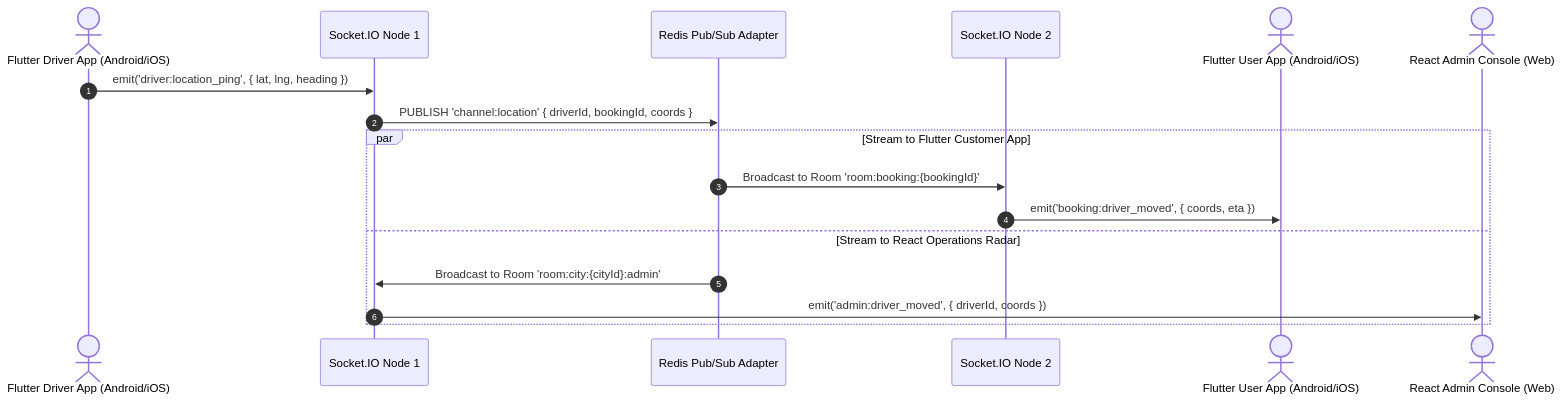
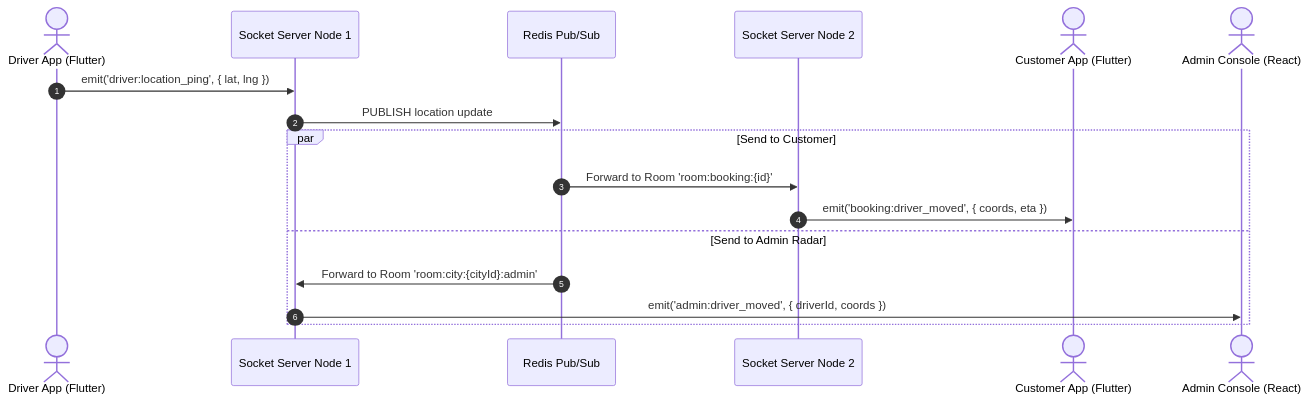
One commit to sheikh22hamid-create/ShifterOnline-Nodejs changed the second of 4 diagrams in Architecture/01-System-Architecture.md. Above: the diagram before and after it, drawn with Mermaid. The commit also changed other lines of this file and 2 other files, not shown here.

Commit message:
docs: initialize architecture documentation for system, user roles, and city structure

````diff
--- a/Architecture/01-System-Architecture.md
+++ b/Architecture/01-System-Architecture.md
@@ -493,21 +158,21 @@
 ```mermaid
 sequenceDiagram
     autonumber
-    actor Driver as Flutter Driver App (Android/iOS)
-    participant SocketNode1 as Socket.IO Node 1
-    participant RedisPubSub as Redis Pub/Sub Adapter
-    participant SocketNode2 as Socket.IO Node 2
-    actor User as Flutter User App (Android/iOS)
-    actor Admin as React Admin Console (Web)
+    actor Driver as Driver App (Flutter)
+    participant SocketNode1 as Socket Server Node 1
+    participant RedisPubSub as Redis Pub/Sub
+    participant SocketNode2 as Socket Server Node 2
+    actor User as Customer App (Flutter)
+    actor Admin as Admin Console (React)
 
-    Driver->>SocketNode1: emit('driver:location_ping', { lat, lng, heading })
-    SocketNode1->>RedisPubSub: PUBLISH 'channel:location' { driverId, bookingId, coords }
+    Driver->>SocketNode1: emit('driver:location_ping', { lat, lng })
+    SocketNode1->>RedisPubSub: PUBLISH location update
     
-    par Stream to Flutter Customer App
-        RedisPubSub->>SocketNode2: Broadcast to Room 'room:booking:{bookingId}'
+    par Send to Customer
+        RedisPubSub->>SocketNode2: Forward to Room 'room:booking:{id}'
         SocketNode2->>User: emit('booking:driver_moved', { coords, eta })
-    and Stream to React Operations Radar
-        RedisPubSub->>SocketNode1: Broadcast to Room 'room:city:{cityId}:admin'
+    and Send to Admin Radar
+        RedisPubSub->>SocketNode1: Forward to Room 'room:city:{cityId}:admin'
         SocketNode1->>Admin: emit('admin:driver_moved', { driverId, coords })
     end
 ```
````
